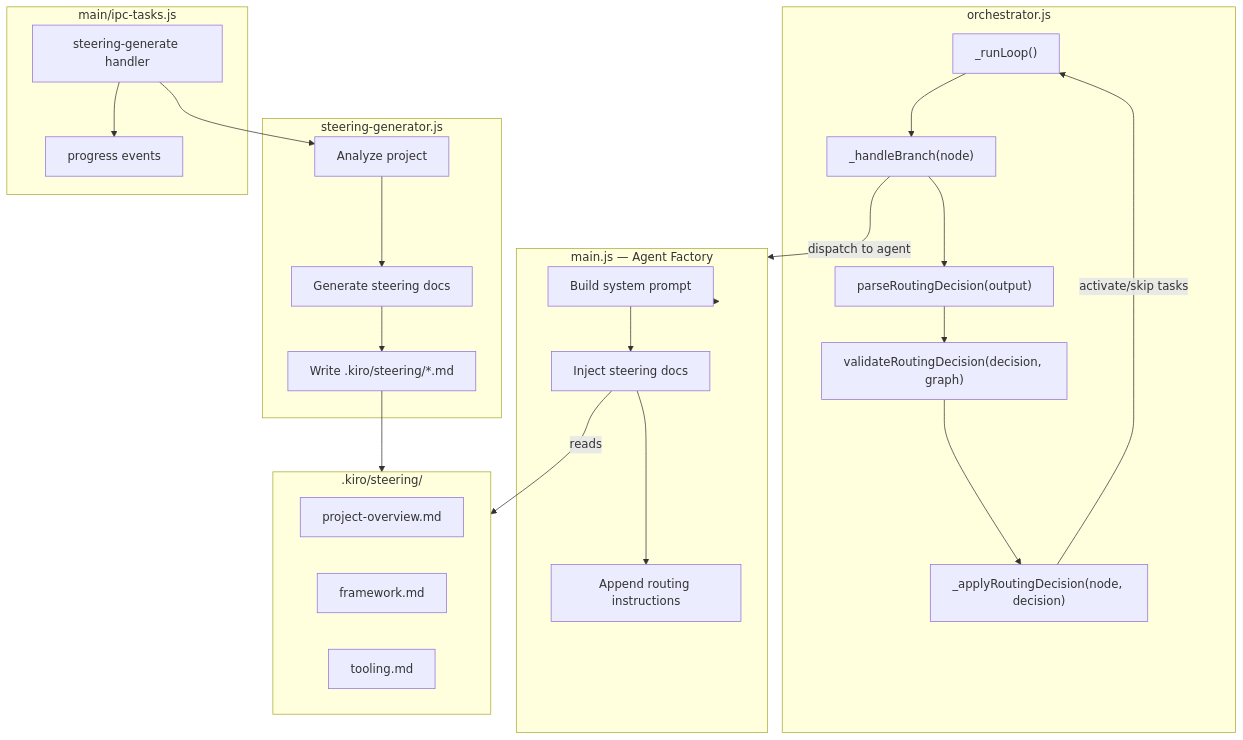
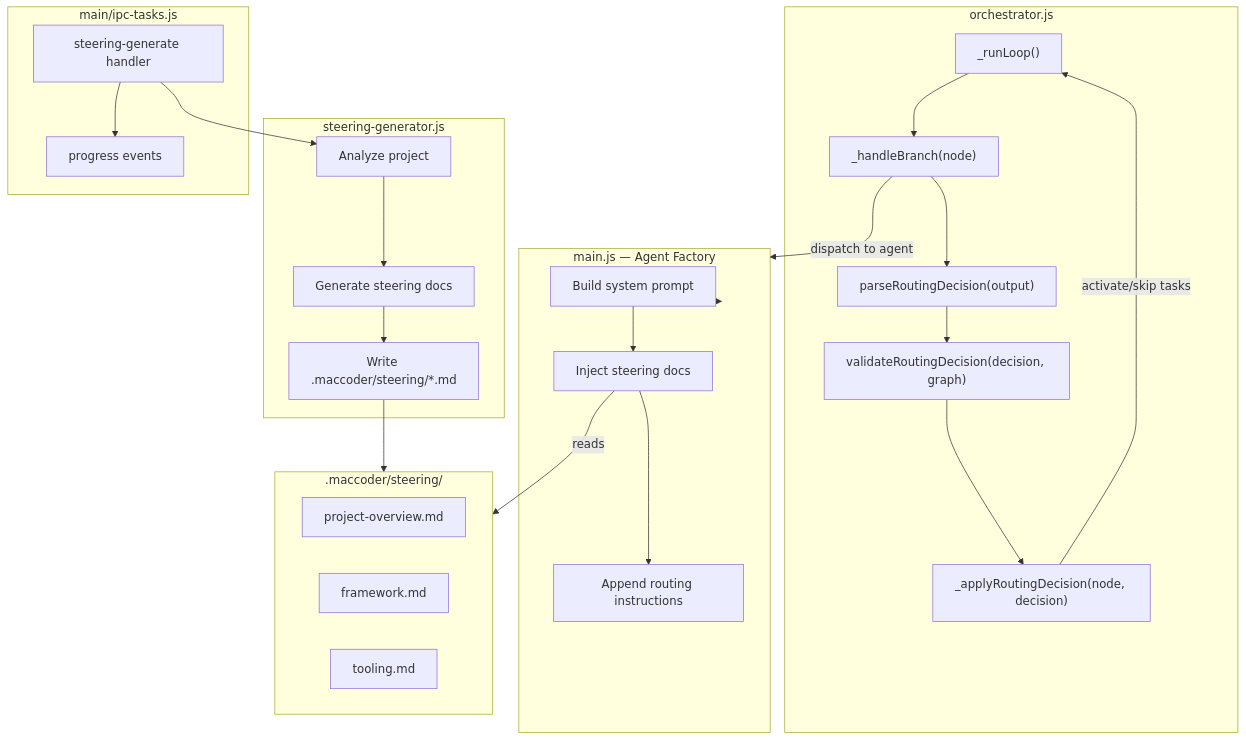
One commit to betterbreathingproject-Love/Qwencodermac-v2 changed the diagram in .kiro/specs/dynamic-routing-and-skills/design.md. Above: the diagram before and after it, drawn with Mermaid. The commit also changed other lines of this file and 15 other files, not shown here.

````diff
--- a/.kiro/specs/dynamic-routing-and-skills/design.md
+++ b/.kiro/specs/dynamic-routing-and-skills/design.md
@@ -15,51 +15,51 @@
 ```mermaid
 graph TD
     subgraph Orchestrator["orchestrator.js"]
         RunLoop["_runLoop()"]
         HandleBranch["_handleBranch(node)"]
         ParseRouting["parseRoutingDecision(output)"]
         ValidateRouting["validateRoutingDecision(decision, graph)"]
         ApplyRouting["_applyRoutingDecision(node, decision)"]
     end
 
     subgraph AgentFactory["main.js — Agent Factory"]
         BuildPrompt["Build system prompt"]
         InjectSteering["Inject steering docs"]
         AppendRouting["Append routing instructions"]
     end
 
     subgraph SteeringSystem["steering-generator.js"]
         Analyze["Analyze project"]
         Generate["Generate steering docs"]
-        Write["Write .kiro/steering/*.md"]
+        Write["Write .maccoder/steering/*.md"]
     end
 
-    subgraph SteeringDocs[".kiro/steering/"]
+    subgraph SteeringDocs[".maccoder/steering/"]
         Overview["project-overview.md"]
         Framework["framework.md"]
         Tooling["tooling.md"]
     end
 
     subgraph IPC["main/ipc-tasks.js"]
         SteeringGenerate["steering-generate handler"]
         SteeringProgress["progress events"]
     end
 
     RunLoop --> HandleBranch
     HandleBranch -->|dispatch to agent| AgentFactory
     HandleBranch --> ParseRouting
     ParseRouting --> ValidateRouting
     ValidateRouting --> ApplyRouting
     ApplyRouting -->|activate/skip tasks| RunLoop
 
     AgentFactory --> BuildPrompt
     BuildPrompt --> InjectSteering
     InjectSteering --> AppendRouting
     InjectSteering -->|reads| SteeringDocs
 
     SteeringGenerate --> Analyze
     Analyze --> Generate
     Generate --> Write
     Write --> SteeringDocs
     SteeringGenerate --> SteeringProgress
 ```
````
